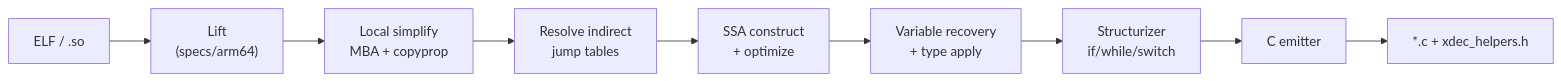
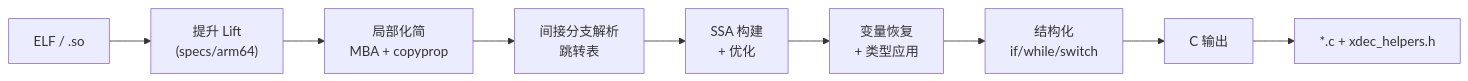
Before and after one commit to zhuzhu-Top/xdec: the diagram in README.md, drawn with Mermaid. The commit also changed other lines of this file, not shown here.

````diff
--- a/README.md
+++ b/README.md
@@ -71,11 +71,11 @@
 ```mermaid
 flowchart LR
-  BIN["ELF / .so"] --> LIFT["Lift\n(specs/arm64)"]
-  LIFT --> LOCAL["Local simplify\nMBA + copyprop"]
-  LOCAL --> RESOLVE["Resolve indirect\njump tables"]
-  RESOLVE --> SSA["SSA construct\n+ optimize"]
-  SSA --> VARS["Variable recovery\n+ type apply"]
-  VARS --> STRUCT["Structurizer\nif/while/switch"]
-  STRUCT --> EMIT["C emitter"]
+  BIN["ELF / .so"] --> LIFT["提升 Lift\n(specs/arm64)"]
+  LIFT --> LOCAL["局部化简\nMBA + copyprop"]
+  LOCAL --> RESOLVE["间接分支解析\n跳转表"]
+  RESOLVE --> SSA["SSA 构建\n+ 优化"]
+  SSA --> VARS["变量恢复\n+ 类型应用"]
+  VARS --> STRUCT["结构化\nif/while/switch"]
+  STRUCT --> EMIT["C 输出"]
   EMIT --> OUT["*.c + xdec_helpers.h"]
 ```
````
